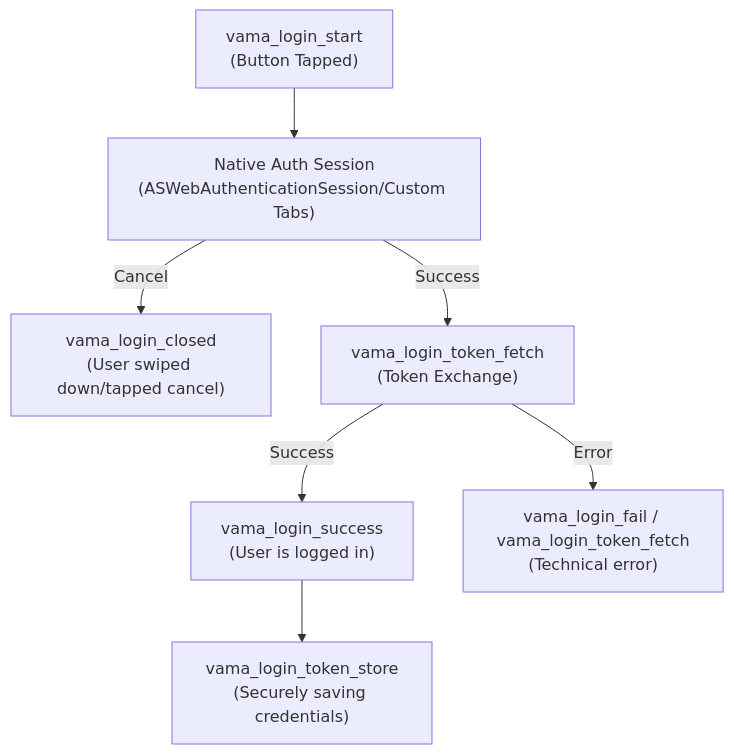
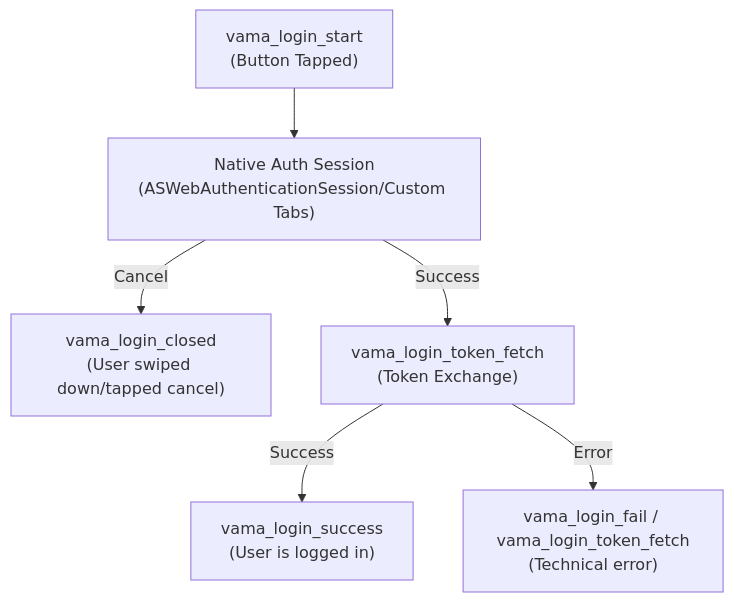
Before and after one commit to department-of-veterans-affairs/va-mobile-app: the diagram in VAMobile/documentation/development/FrontEnd/SingleSignOn.md, drawn with Mermaid. The commit also changed other lines of this file and 4 other files, not shown here.

````diff
--- a/VAMobile/documentation/development/FrontEnd/SingleSignOn.md
+++ b/VAMobile/documentation/development/FrontEnd/SingleSignOn.md
@@ -70,10 +69,9 @@
 ```mermaid
 graph TD
     Start["vama_login_start<br/>(Button Tapped)"] --> Bridge["Native Auth Session<br/>(ASWebAuthenticationSession/Custom Tabs)"]
     Bridge -- Cancel --> Closed["vama_login_closed<br/>(User swiped down/tapped cancel)"]
     Bridge -- Success --> Fetch["vama_login_token_fetch<br/>(Token Exchange)"]
     Fetch -- Success --> AppSuccess["vama_login_success<br/>(User is logged in)"]
-    AppSuccess --> Store["vama_login_token_store<br/>(Securely saving credentials)"]
     
     Fetch -- Error --> Fail["vama_login_fail / vama_login_token_fetch<br/>(Technical error)"]
 ```
````
